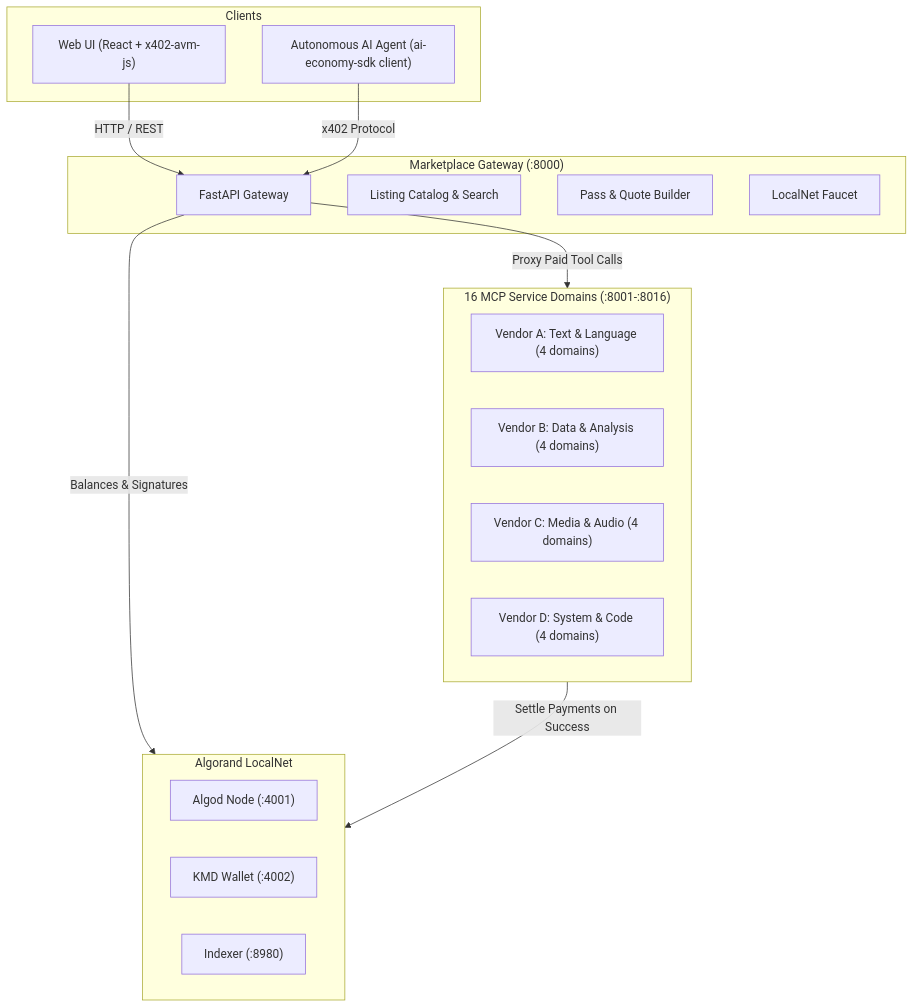
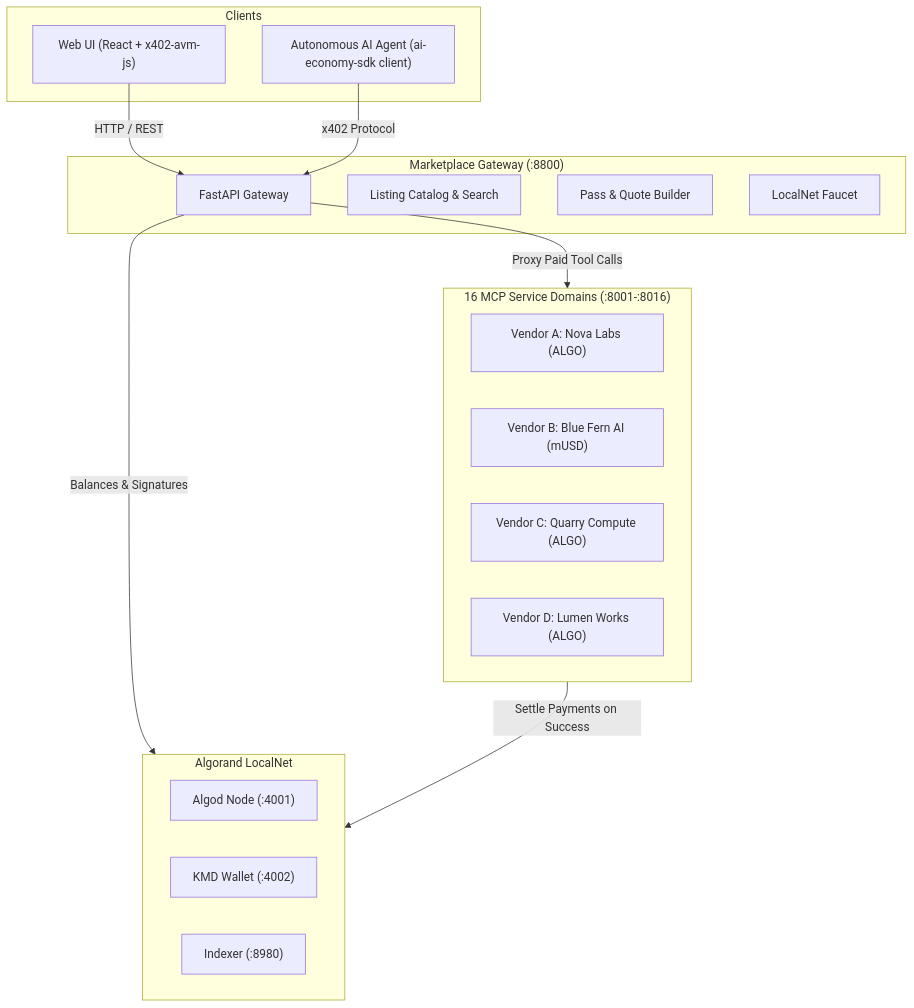
The diagram in README.md (x402-avm/marketplace-demo), drawn with Mermaid before and after one commit. The commit also changed other lines of this file and 12 other files, not shown here.

````diff
--- a/README.md
+++ b/README.md
@@ -14,33 +16,33 @@
 ```mermaid
 flowchart TD
     subgraph Clients["Clients"]
         UI["Web UI (React + x402-avm-js)"]
         Agent["Autonomous AI Agent (ai-economy-sdk client)"]
     end
 
-    subgraph Marketplace["Marketplace Gateway (:8000)"]
+    subgraph Marketplace["Marketplace Gateway (:8800)"]
         GW["FastAPI Gateway"]
         Catalog["Listing Catalog & Search"]
         Quote["Pass & Quote Builder"]
         Faucet["LocalNet Faucet"]
     end
 
     subgraph Vendors["16 MCP Service Domains (:8001-:8016)"]
-        VA["Vendor A: Text & Language (4 domains)"]
-        VB["Vendor B: Data & Analysis (4 domains)"]
-        VC["Vendor C: Media & Audio (4 domains)"]
-        VD["Vendor D: System & Code (4 domains)"]
+        VA["Vendor A: Nova Labs (ALGO)"]
+        VB["Vendor B: Blue Fern AI (mUSD)"]
+        VC["Vendor C: Quarry Compute (ALGO)"]
+        VD["Vendor D: Lumen Works (ALGO)"]
     end
 
     subgraph Algorand["Algorand LocalNet"]
         Algod["Algod Node (:4001)"]
         KMD["KMD Wallet (:4002)"]
         Indexer["Indexer (:8980)"]
     end
 
     UI -->|HTTP / REST| GW
     Agent -->|x402 Protocol| GW
     GW -->|Proxy Paid Tool Calls| Vendors
     GW -->|Balances & Signatures| Algorand
     Vendors -->|Settle Payments on Success| Algorand
 ```
````
